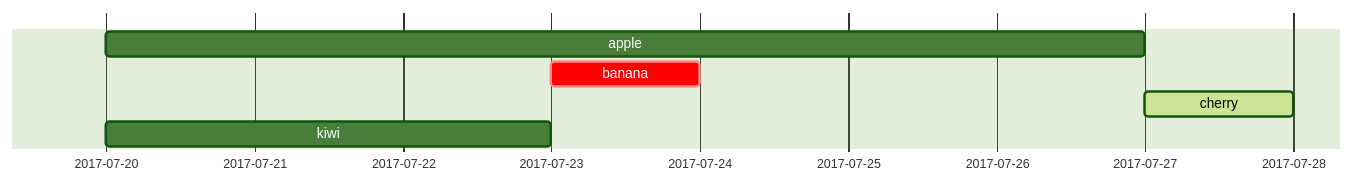
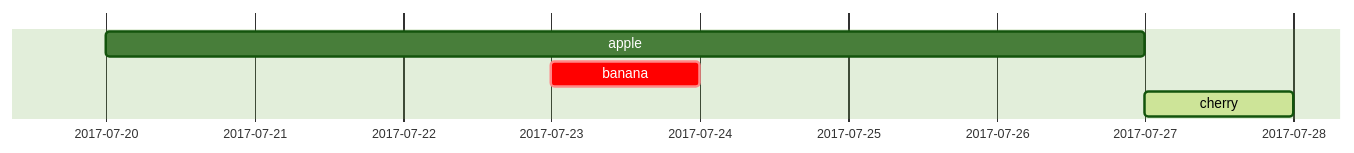
The third of 7 diagrams in syntax/gantt.qmd (data-intuitive/mermaid-demos-in-quarto), drawn with Mermaid (forest theme) before and after one commit. The commit also changed other lines of this file and 13 other files, not shown here.

Commit message:
update for quarto 1.5.54 and mermaid 10.2.4

````diff
--- a/syntax/gantt.qmd
+++ b/syntax/gantt.qmd
@@ -100,7 +68,6 @@
 ```{mermaid}
 gantt
     apple :a, 2017-07-20, 1w
     banana :crit, b, 2017-07-23, 1d
     cherry :active, c, after b a, 1d
-    kiwi   :d, 2017-07-20, until b c
 ```
````
